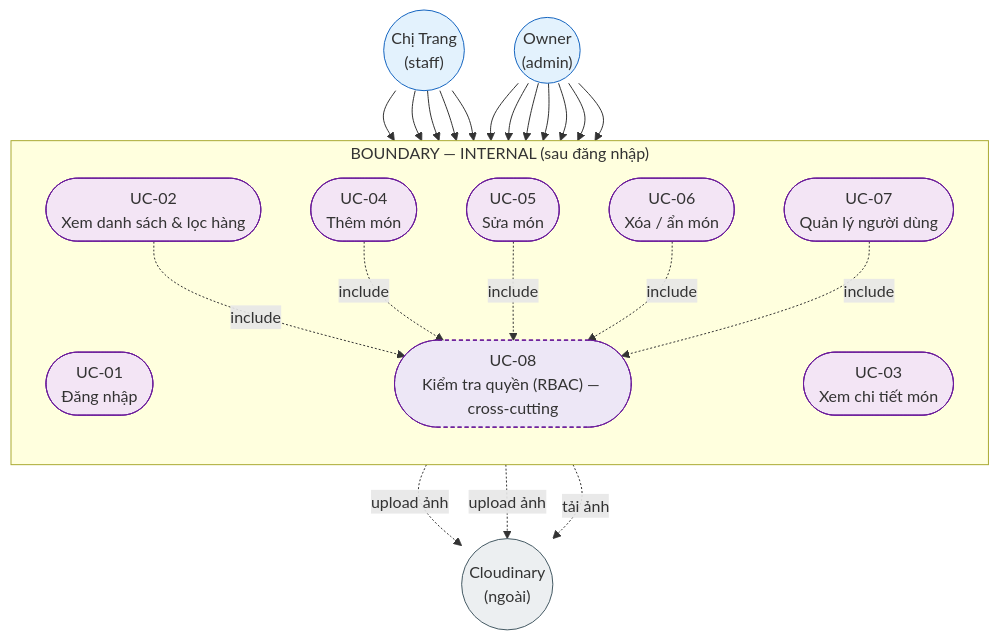
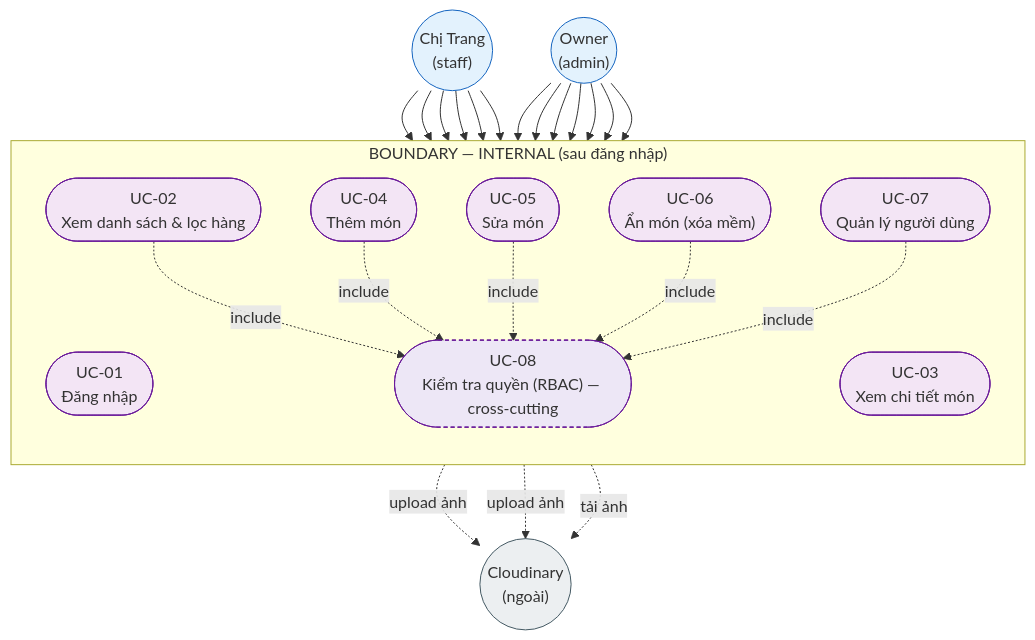
One commit to gems-digital/gem-digital-center-hub changed the first of 6 diagrams in inventory-app/usecase/use-cases.md. Above: the diagram before and after it, drawn with Mermaid. The commit also changed other lines of this file and 2 other files, not shown here.

First line of the commit message:
docs: design soft-delete (ẩn món) feature for inventory UC-06

````diff
--- a/inventory-app/usecase/use-cases.md
+++ b/inventory-app/usecase/use-cases.md
@@ -39,36 +39,36 @@
 ```mermaid
 flowchart TB
     staff(("Chị Trang<br/>(staff)")):::actor
     owner(("Owner<br/>(admin)")):::actor
     cloud(("Cloudinary<br/>(ngoài)")):::ext
 
     subgraph INT["BOUNDARY — INTERNAL (sau đăng nhập)"]
       direction TB
       uc_auth(["UC-01<br/>Đăng nhập"]):::uc
       uc_list(["UC-02<br/>Xem danh sách & lọc hàng"]):::uc
       uc_detail(["UC-03<br/>Xem chi tiết món"]):::uc
       uc_add(["UC-04<br/>Thêm món"]):::uc
       uc_edit(["UC-05<br/>Sửa món"]):::uc
-      uc_del(["UC-06<br/>Xóa / ẩn món"]):::uc
+      uc_del(["UC-06<br/>Ẩn món (xóa mềm)"]):::uc
       uc_user(["UC-07<br/>Quản lý người dùng"]):::uc
       uc_rbac(["UC-08<br/>Kiểm tra quyền (RBAC) — cross-cutting"]):::ucx
     end
 
-    staff --> uc_auth & uc_list & uc_detail & uc_add & uc_edit
+    staff --> uc_auth & uc_list & uc_detail & uc_add & uc_edit & uc_del
     owner --> uc_auth & uc_list & uc_detail & uc_add & uc_edit & uc_del & uc_user
 
     uc_add -. "upload ảnh" .-> cloud
     uc_edit -. "upload ảnh" .-> cloud
     uc_detail -. "tải ảnh" .-> cloud
 
     uc_list -. include .-> uc_rbac
     uc_add -. include .-> uc_rbac
     uc_edit -. include .-> uc_rbac
     uc_del -. include .-> uc_rbac
     uc_user -. include .-> uc_rbac
 
     classDef actor fill:#e3f2fd,stroke:#1565c0;
     classDef ext fill:#eceff1,stroke:#455a64;
     classDef uc fill:#f3e5f5,stroke:#6a1b9a;
     classDef ucx fill:#ede7f6,stroke:#6a1b9a,stroke-dasharray:4 3;
 ```
````
